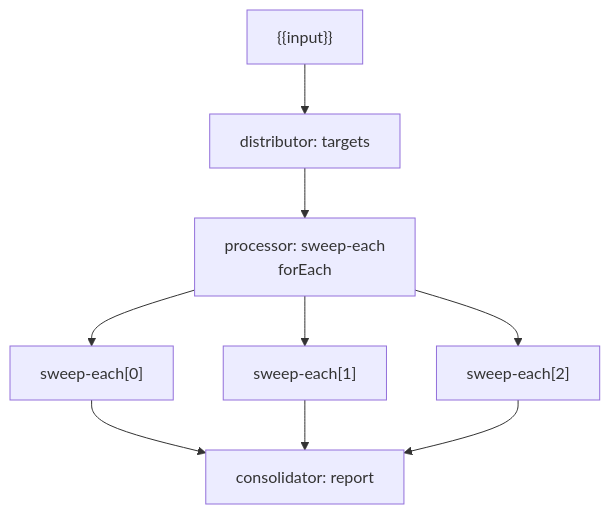
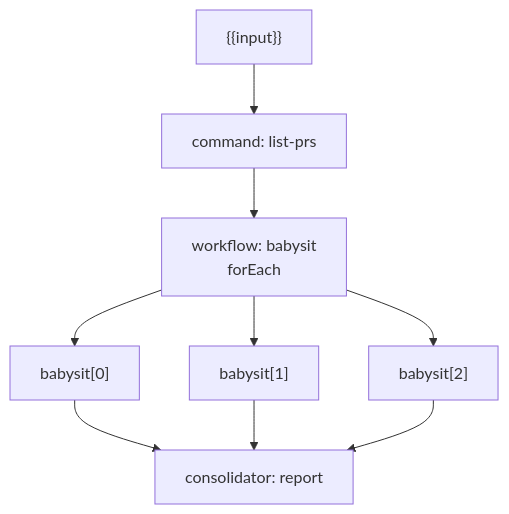
The second of 5 diagrams in docs/workflow-examples.md (nilsonsfj/steamtrain), drawn with Mermaid before and after one commit. The commit also changed other lines of this file and 2 other files, not shown here.

Commit message:
fix(babysit): list open PRs with gh instead of an agent (#222)
* fix(babysit): list open PRs with gh instead of an agent

Agent distributors kept inventing empty prs arrays on camelo despite many
open PRs. Match rebase-all-prs and feed forEach from deterministic gh output.

* fix(test): format bundled-workflows test for Biome, add step guard

Biome formatter wanted the .flatMap().find() chain on fewer lines.
Also adds expect(list).toBeDefined() guard per review nit.

````diff
--- a/docs/workflow-examples.md
+++ b/docs/workflow-examples.md
@@ -93,19 +95,19 @@
 ```mermaid
 flowchart TB
   input["{{input}}"]
-  dist["distributor: targets"]
-  proc["processor: sweep-each\nforEach"]
-  c0["sweep-each[0]"]
-  c1["sweep-each[1]"]
-  c2["sweep-each[2]"]
+  list["command: list-prs"]
+  babysit["workflow: babysit\nforEach"]
+  b0["babysit[0]"]
+  b1["babysit[1]"]
+  b2["babysit[2]"]
   report["consolidator: report"]
 
-  input --> dist
-  dist --> proc
-  proc --> c0
-  proc --> c1
-  proc --> c2
-  c0 --> report
-  c1 --> report
-  c2 --> report
+  input --> list
+  list --> babysit
+  babysit --> b0
+  babysit --> b1
+  babysit --> b2
+  b0 --> report
+  b1 --> report
+  b2 --> report
 ```
````
